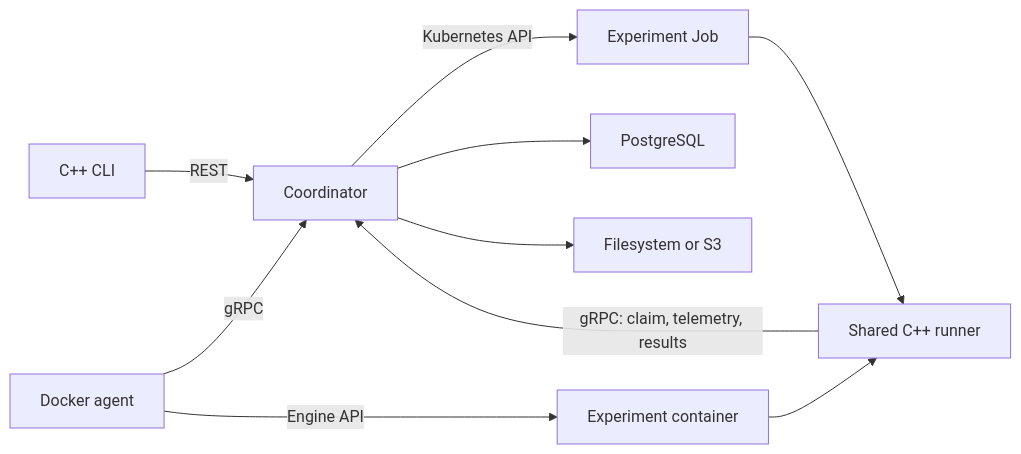
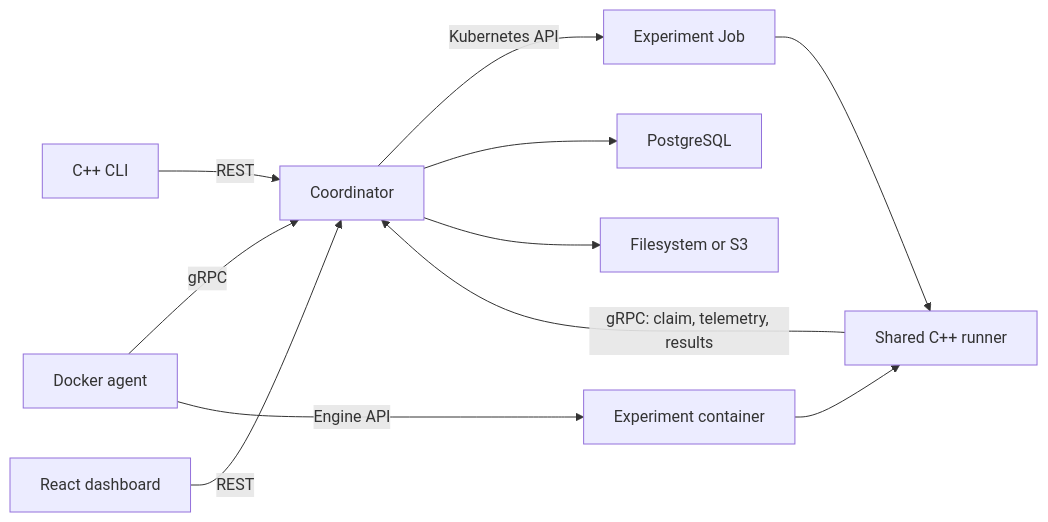
One commit to JishnuJetwani/Runyard changed the diagram in README.md. Above: the diagram before and after it, drawn with Mermaid. The commit also changed other lines of this file and 8 other files, not shown here.

````diff
--- a/README.md
+++ b/README.md
@@ -11,12 +12,13 @@
 ```mermaid
 flowchart LR
   CLI[C++ CLI] -->|REST| Server[Coordinator]
+  UI[React dashboard] -->|REST| Server
   Agent[Docker agent] -->|gRPC| Server
   Agent -->|Engine API| Container[Experiment container]
   Server -->|Kubernetes API| Job[Experiment Job]
   Container --> Runner[Shared C++ runner]
   Job --> Runner
   Runner -->|gRPC: claim, telemetry, results| Server
   Server --> PostgreSQL
   Server --> Storage[Filesystem or S3]
 ```
````
